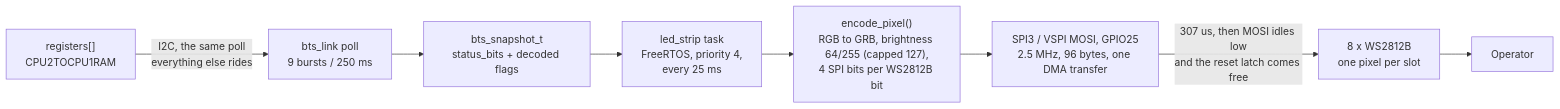
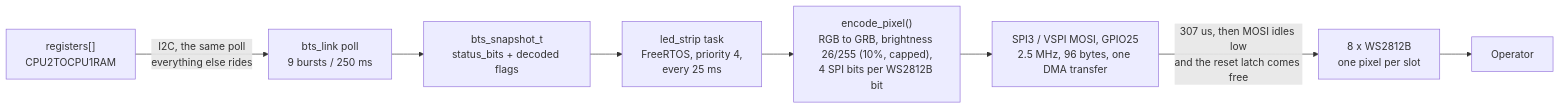
Diagram 11 of 11 in Hardware/source/Docs/data-flow.md (ArakniD/Lion-IRVT), drawn with Mermaid before and after one commit. The commit also changed 11 other files, not shown here.

````diff
--- a/Hardware/source/Docs/data-flow.md
+++ b/Hardware/source/Docs/data-flow.md
@@ -846,19 +846,19 @@
 ```mermaid
 flowchart LR
     REGS["registers[]<br/>CPU2TOCPU1RAM"]
     LINK["bts_link poll<br/>9 bursts / 250 ms"]
     SNAP["bts_snapshot_t<br/>status_bits + decoded flags"]
     TASK["led_strip task<br/>FreeRTOS, priority 4,<br/>every 25 ms"]
-    ENC["encode_pixel()<br/>RGB to GRB, brightness 64/255 (capped 127),<br/>4 SPI bits per WS2812B bit"]
+    ENC["encode_pixel()<br/>RGB to GRB, brightness 26/255 (10%, capped),<br/>4 SPI bits per WS2812B bit"]
     SPI["SPI3 / VSPI MOSI, GPIO25<br/>2.5 MHz, 96 bytes, one DMA transfer"]
     STRIP["8 x WS2812B<br/>one pixel per slot"]
     EYE["Operator"]
 
     REGS -->|"I2C, the same poll<br/>everything else rides"| LINK
     LINK --> SNAP
     SNAP --> TASK
     TASK --> ENC
     ENC --> SPI
     SPI -->|"307 us, then MOSI idles low<br/>and the reset latch comes free"| STRIP
     STRIP --> EYE
 ```
````
